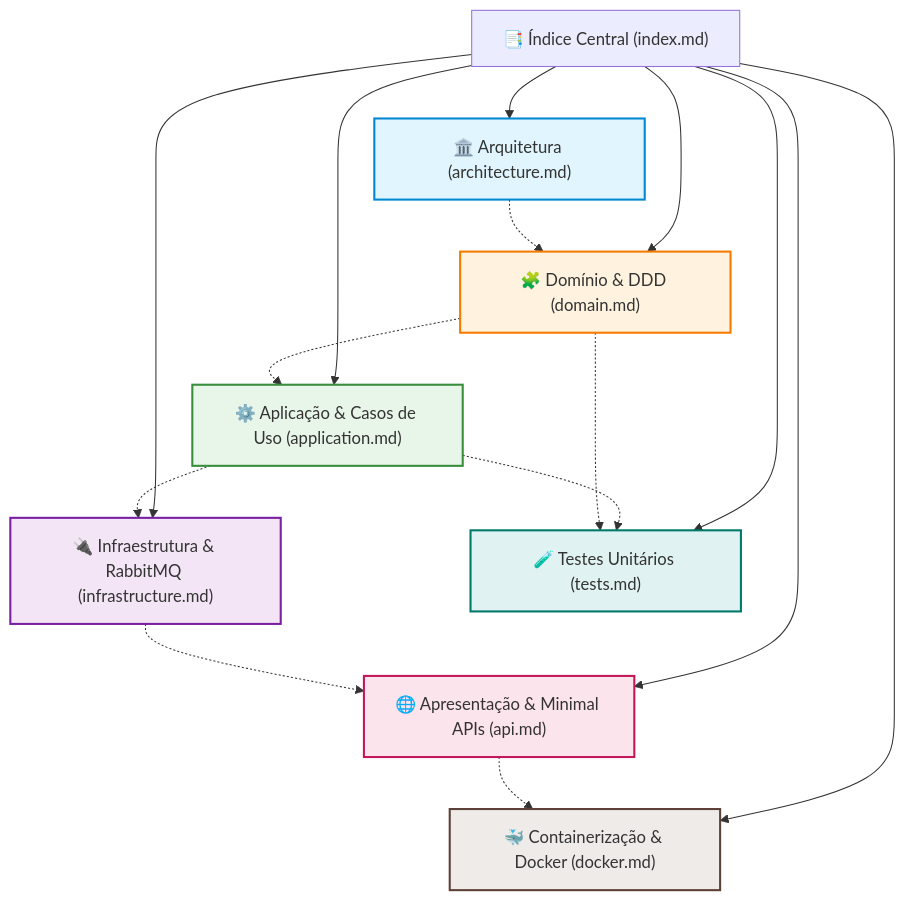
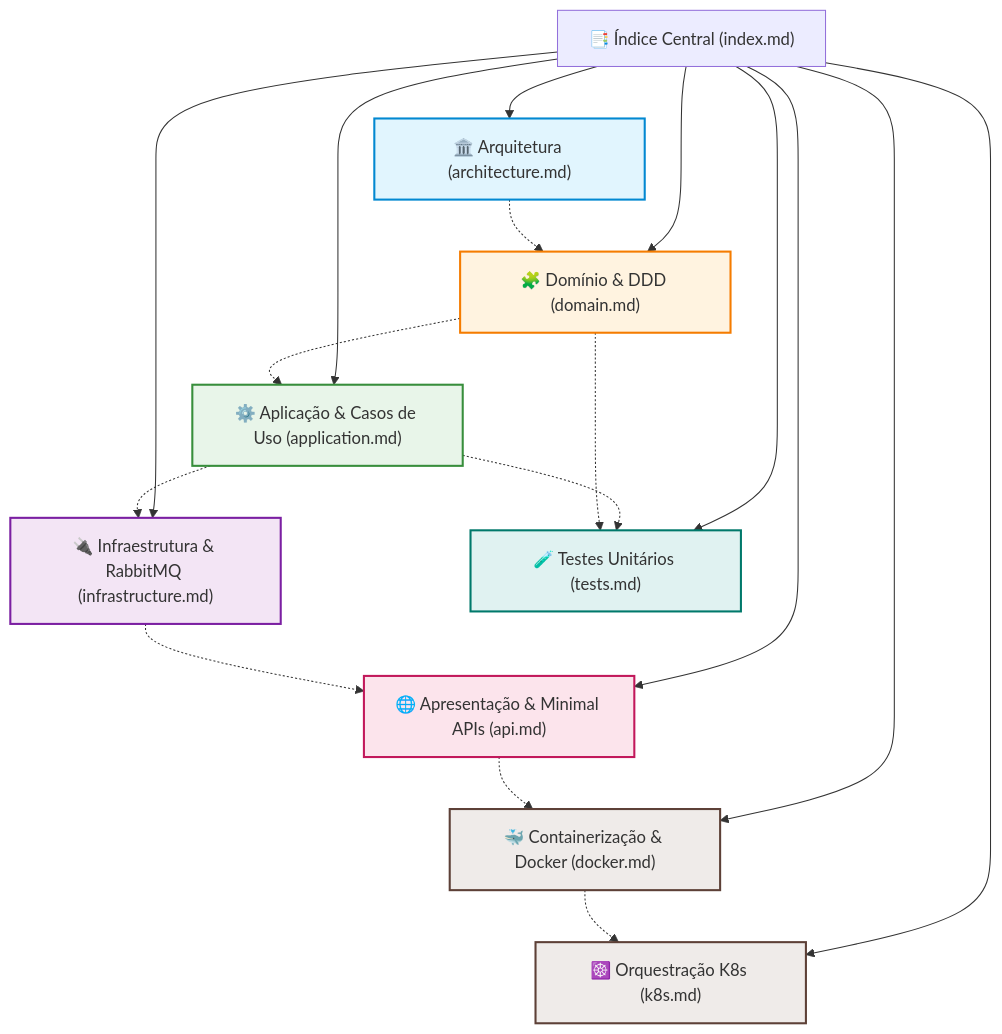
One commit to idgrego/fcg-fase-02--users changed the diagram in docs/index.md. Above: the diagram before and after it, drawn with Mermaid. The commit also changed other lines of this file and 6 other files, not shown here.

````diff
--- a/docs/index.md
+++ b/docs/index.md
@@ -9,35 +9,38 @@
 ```mermaid
 graph TD
     classDef arch fill:#e1f5fe,stroke:#0288d1,stroke-width:2px;
     classDef domain fill:#fff3e0,stroke:#f57c00,stroke-width:2px;
     classDef app fill:#e8f5e9,stroke:#388e3c,stroke-width:2px;
     classDef infra fill:#f3e5f5,stroke:#7b1fa2,stroke-width:2px;
     classDef api fill:#fce4ec,stroke:#c2185b,stroke-width:2px;
     classDef tests fill:#e0f2f1,stroke:#00796b,stroke-width:2px;
     classDef docker fill:#efebe9,stroke:#5d4037,stroke-width:2px;
 
     Index["📑 Índice Central (index.md)"]
     Arch["🏛️ Arquitetura (architecture.md)"]:::arch
     Domain["🧩 Domínio & DDD (domain.md)"]:::domain
     App["⚙️ Aplicação & Casos de Uso (application.md)"]:::app
     Infra["🔌 Infraestrutura & RabbitMQ (infrastructure.md)"]:::infra
     Api["🌐 Apresentação & Minimal APIs (api.md)"]:::api
     Tests["🧪 Testes Unitários (tests.md)"]:::tests
     Docker["🐳 Containerização & Docker (docker.md)"]:::docker
+    K8s["☸️ Orquestração K8s (k8s.md)"]:::docker
 
     Index --> Arch
     Index --> Domain
     Index --> App
     Index --> Infra
     Index --> Api
     Index --> Tests
     Index --> Docker
+    Index --> K8s
 
     Arch -.-> Domain
     Domain -.-> App
     App -.-> Infra
     Infra -.-> Api
     App -.-> Tests
     Domain -.-> Tests
     Api -.-> Docker
+    Docker -.-> K8s
 ```
````
